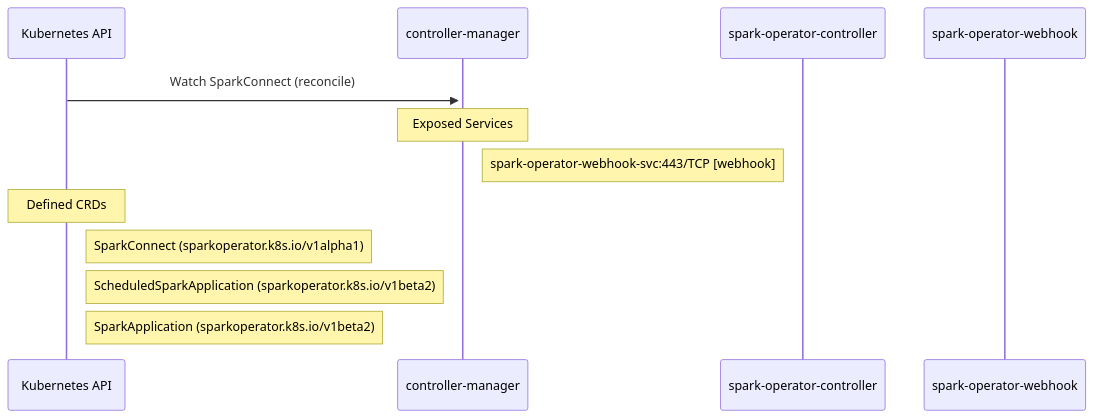
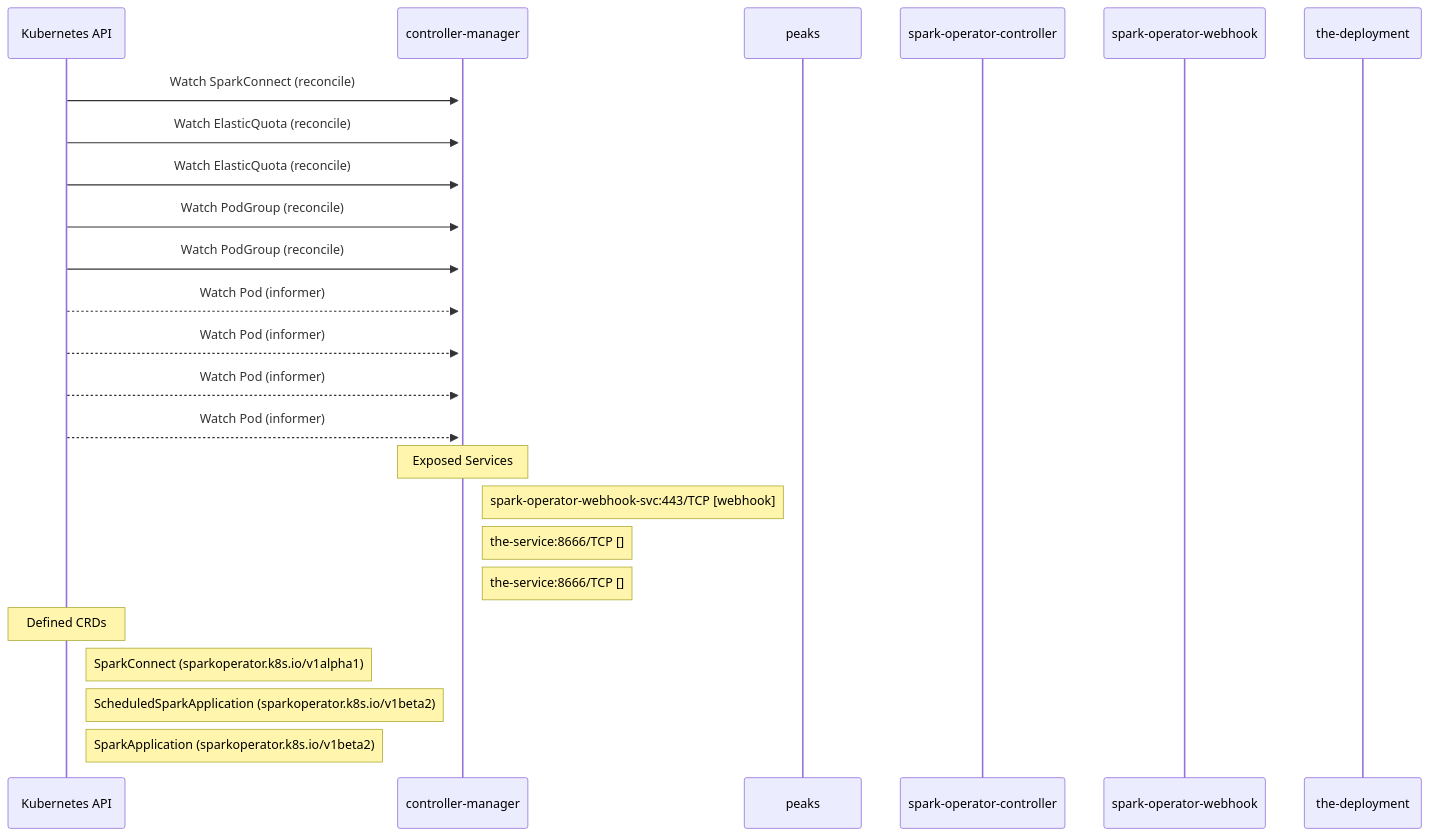
One commit to ugiordan/rhoai-architecture-analyzer changed the diagram in site/docs/use-cases/odh-platform/components/spark_operator/dataflow.md. Above: the diagram before and after it, drawn with Mermaid. The commit also changed other lines of this file and 402 other files, not shown here.

````diff
--- a/site/docs/use-cases/odh-platform/components/spark_operator/dataflow.md
+++ b/site/docs/use-cases/odh-platform/components/spark_operator/dataflow.md
@@ -15,19 +29,31 @@
 ```mermaid
 sequenceDiagram
     %% Static dataflow for spark-operator
 
     participant KubernetesAPI as Kubernetes API
     participant controller_manager as controller-manager
+    participant peaks as peaks
     participant spark_operator_controller as spark-operator-controller
     participant spark_operator_webhook as spark-operator-webhook
+    participant the_deployment as the-deployment
 
     KubernetesAPI->>+controller_manager: Watch SparkConnect (reconcile)
+    KubernetesAPI->>+controller_manager: Watch ElasticQuota (reconcile)
+    KubernetesAPI->>+controller_manager: Watch ElasticQuota (reconcile)
+    KubernetesAPI->>+controller_manager: Watch PodGroup (reconcile)
+    KubernetesAPI->>+controller_manager: Watch PodGroup (reconcile)
+    KubernetesAPI-->>+controller_manager: Watch Pod (informer)
+    KubernetesAPI-->>+controller_manager: Watch Pod (informer)
+    KubernetesAPI-->>+controller_manager: Watch Pod (informer)
+    KubernetesAPI-->>+controller_manager: Watch Pod (informer)
 
     Note over controller_manager: Exposed Services
     Note right of controller_manager: spark-operator-webhook-svc:443/TCP [webhook]
+    Note right of controller_manager: the-service:8666/TCP []
+    Note right of controller_manager: the-service:8666/TCP []
 
     Note over KubernetesAPI: Defined CRDs
     Note right of KubernetesAPI: SparkConnect (sparkoperator.k8s.io/v1alpha1)
     Note right of KubernetesAPI: ScheduledSparkApplication (sparkoperator.k8s.io/v1beta2)
     Note right of KubernetesAPI: SparkApplication (sparkoperator.k8s.io/v1beta2)
 ```
````
